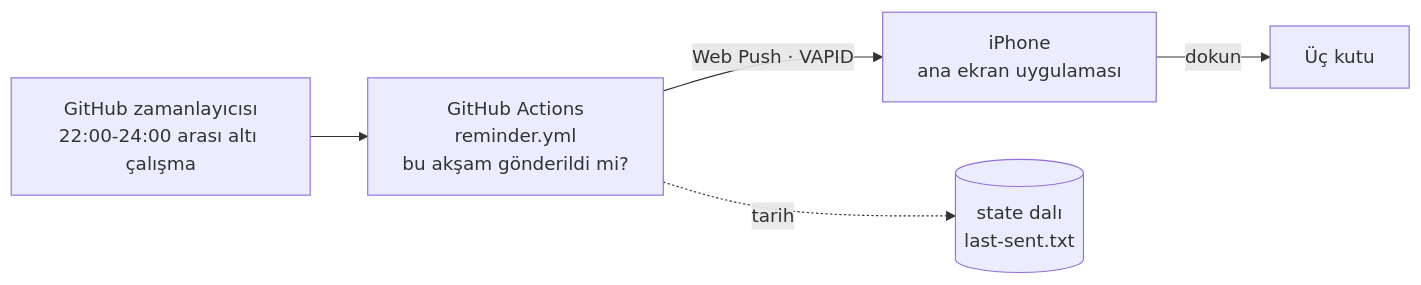
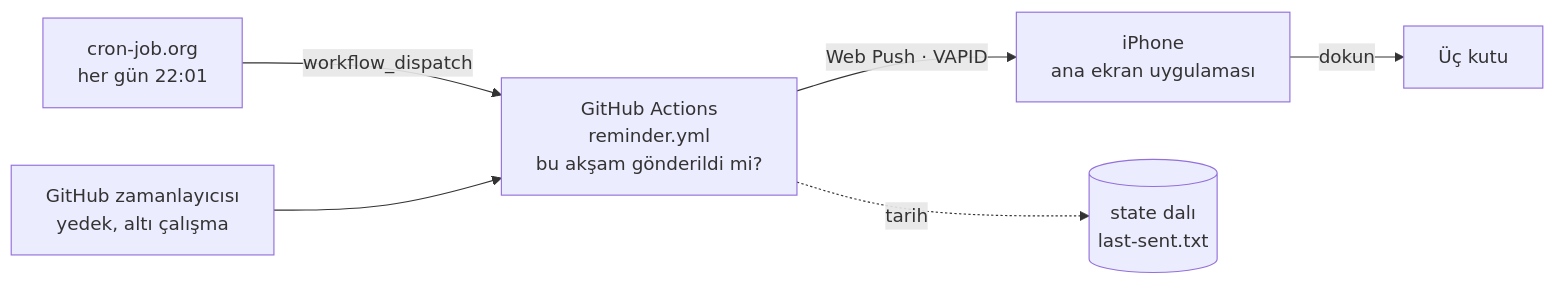
Before and after one commit to YILDIRIMZX/aksam-notu: the diagram in README.tr.md, drawn with Mermaid. The commit also changed other lines of this file and 8 other files, not shown here.

Commit message:
2.1.0: cron-job.org dış tetikleyicisi (source=cron), GitHub zamanlayıcısı yedek

````diff
--- a/README.tr.md
+++ b/README.tr.md
@@ -33,7 +33,8 @@
 ```mermaid
 flowchart LR
-  Cron["GitHub zamanlayıcısı<br/>22:00-24:00 arası altı çalışma"] --> GA
+  Ext["cron-job.org<br/>her gün 22:01"] -- "workflow_dispatch" --> GA
+  Cron["GitHub zamanlayıcısı<br/>yedek, altı çalışma"] --> GA
   GA["GitHub Actions<br/>reminder.yml<br/>bu akşam gönderildi mi?"] -- "Web Push · VAPID" --> Phone["iPhone<br/>ana ekran uygulaması"]
   GA -. "tarih" .-> State[("state dalı<br/>last-sent.txt")]
   Phone -- "dokun" --> Note["Üç kutu"]
 ```
````
